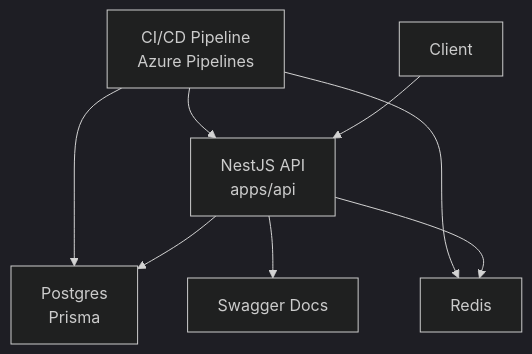
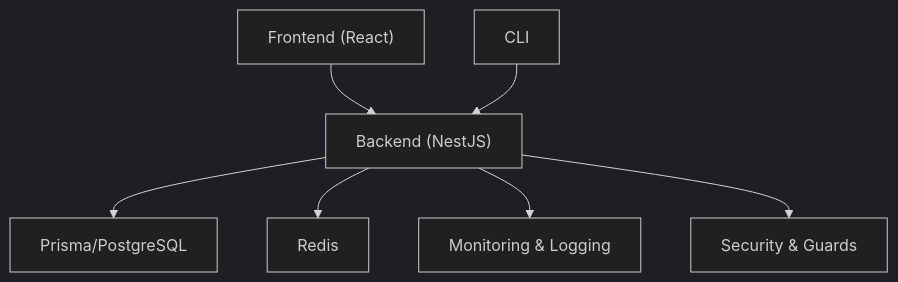
The second of 8 diagrams in .qoder/repowiki/en/content/Development Guidelines.md (BAS-More/Quiz2Biz), drawn with Mermaid (dark theme) before and after one commit. The commit also changed other lines of this file and 191 other files, not shown here.

````diff
--- a/.qoder/repowiki/en/content/Development Guidelines.md
+++ b/.qoder/repowiki/en/content/Development Guidelines.md
@@ -149,16 +469,16 @@
 ```mermaid
 graph TB
-Client["Client"]
-API["NestJS API<br/>apps/api"]
-DB["Postgres<br/>Prisma"]
-CACHE["Redis"]
-SWAGGER["Swagger Docs"]
-CI["CI/CD Pipeline<br/>Azure Pipelines"]
-Client --> API
+FE["Frontend (React)"]
+API["Backend (NestJS)"]
+CLI["CLI"]
+DB["Prisma/PostgreSQL"]
+REDIS["Redis"]
+OBS["Monitoring & Logging"]
+SEC["Security & Guards"]
+FE --> API
+CLI --> API
 API --> DB
-API --> CACHE
-API --> SWAGGER
-CI --> API
-CI --> DB
-CI --> CACHE
+API --> REDIS
+API --> OBS
+API --> SEC
 ```
````
